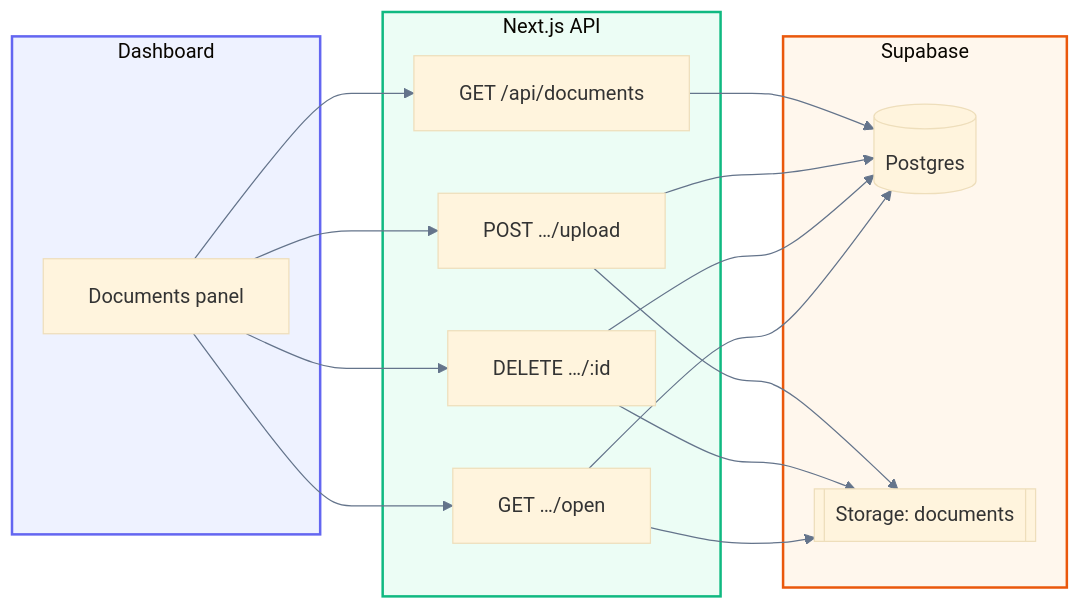
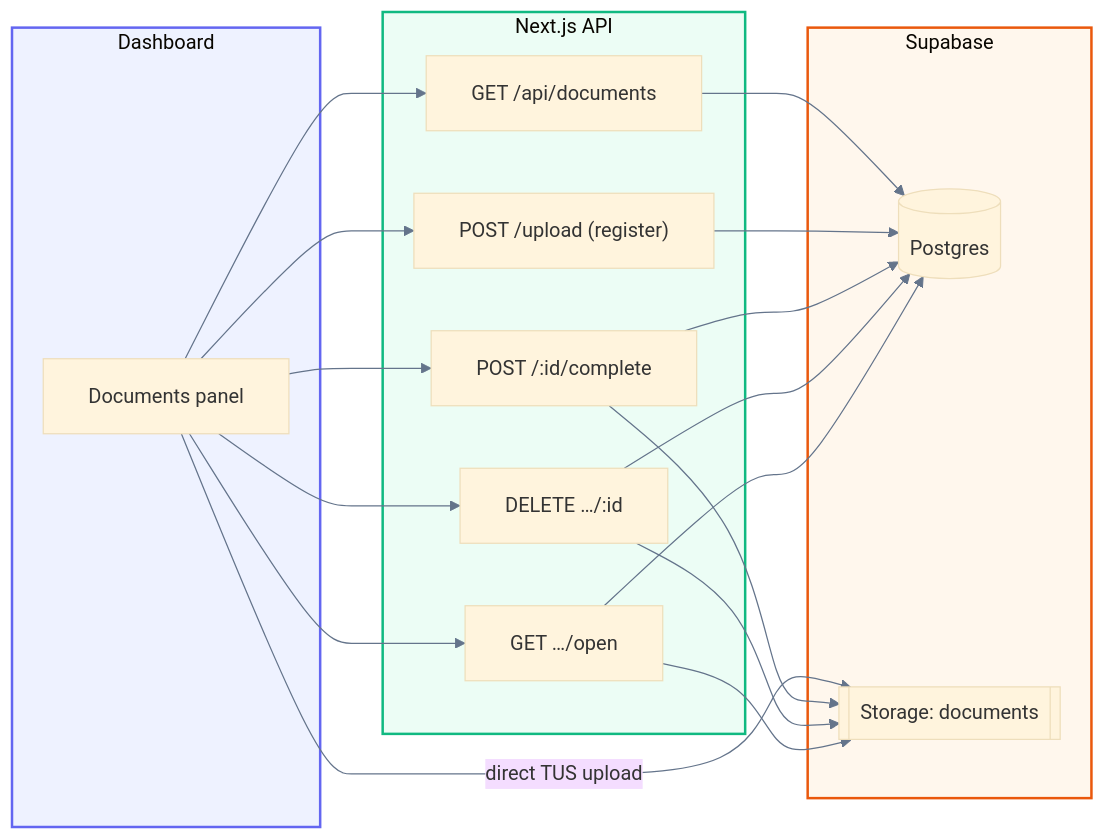
The first of 7 diagrams in docs/document-management.md (parmeet1402/ai-workflow-platform), drawn with Mermaid before and after one commit. The commit also changed other lines of this file and 17 other files, not shown here.

````diff
--- a/docs/document-management.md
+++ b/docs/document-management.md
@@ -45,42 +52,46 @@
 ```mermaid
 %%{init: {
   "theme": "base",
   "flowchart": { "curve": "basis", "padding": 18 },
   "themeVariables": {
     "fontFamily": "ui-sans-serif, system-ui, sans-serif",
     "lineColor": "#64748b"
   }
 }}%%
 flowchart LR
   subgraph UI["Dashboard"]
     D[Documents panel]
   end
 
   subgraph API["Next.js API"]
     L[GET /api/documents]
-    U[POST …/upload]
+    U["POST /upload (register)"]
+    C["POST /:id/complete"]
     X[DELETE …/:id]
     O[GET …/open]
   end
 
   subgraph SB["Supabase"]
     DB[("Postgres")]
     ST[["Storage: documents"]]
   end
 
   D --> L
   D --> U
+  D -->|"direct TUS upload"| ST
+  D --> C
   D --> X
   D --> O
   L --> DB
-  U --> ST
   U --> DB
+  C --> ST
+  C --> DB
   X --> ST
   X --> DB
   O --> DB
   O --> ST
 
   style UI fill:#eef2ff,stroke:#6366f1,stroke-width:2px
   style API fill:#ecfdf5,stroke:#10b981,stroke-width:2px
   style SB fill:#fff7ed,stroke:#ea580c,stroke-width:2px
 ```
````
